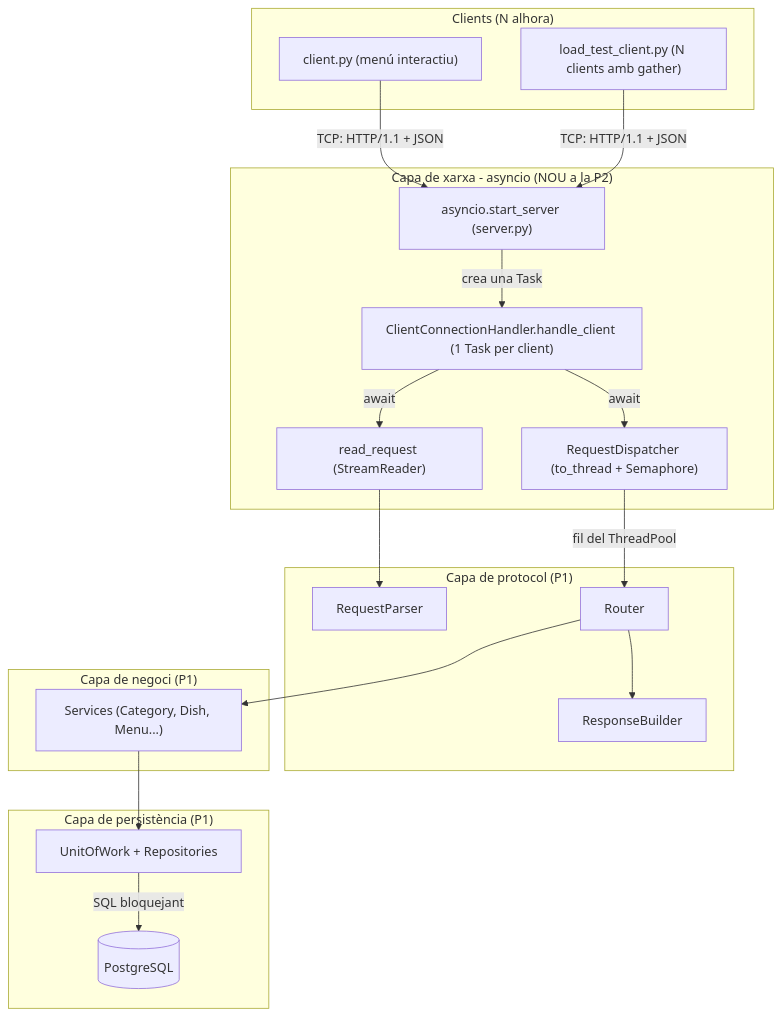
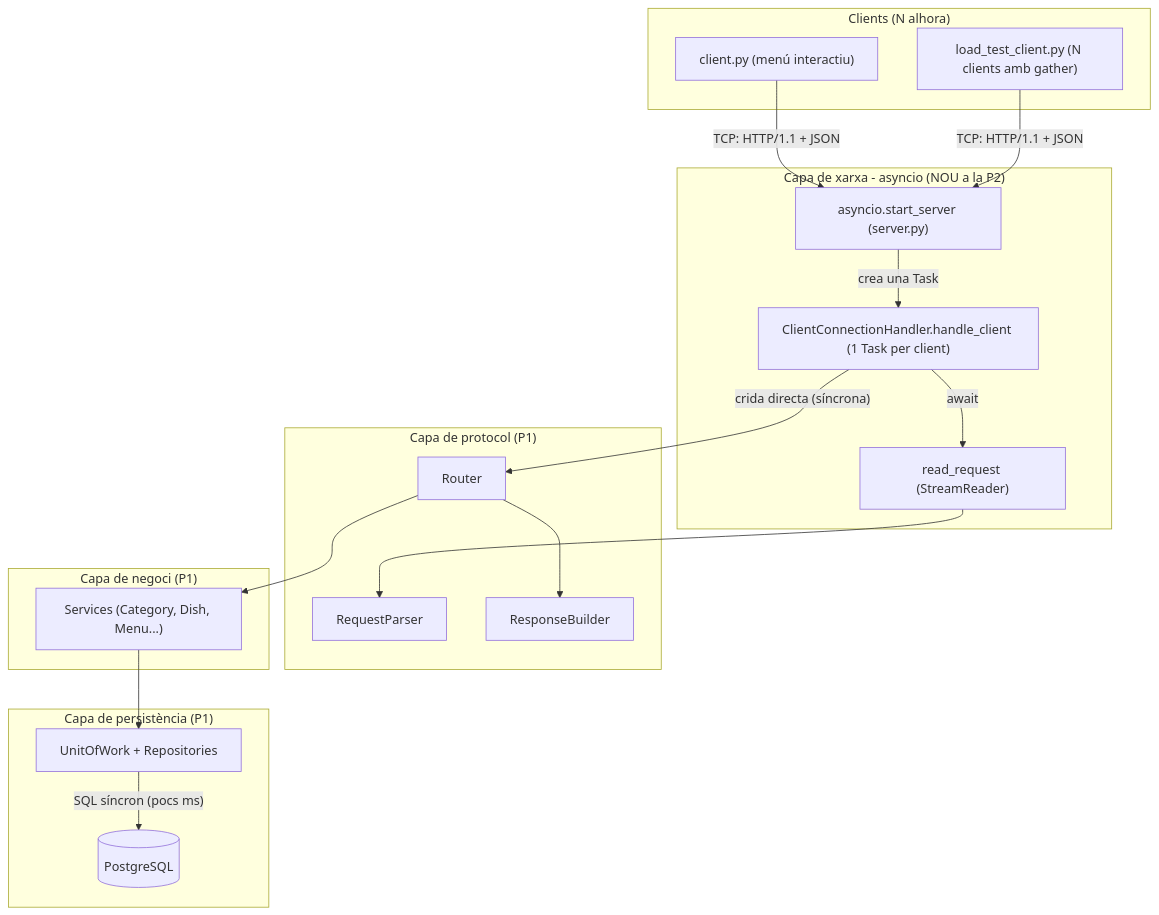
One commit to MarcCodinaLlonch/restaurant_backoffice changed the first of 3 diagrams in docs/ARCHITECTURE_CAT.md. Above: the diagram before and after it, drawn with Mermaid. The commit also changed other lines of this file and 19 other files, not shown here.

Commit message:
docs: synchronous DB called directly, updated diagrams, DB impact analysis and evidence

````diff
--- a/docs/ARCHITECTURE_CAT.md
+++ b/docs/ARCHITECTURE_CAT.md
@@ -16,41 +16,39 @@
 ```mermaid
 flowchart TD
     subgraph CLIENTS["Clients (N alhora)"]
         C1["client.py (menú interactiu)"]
         C2["load_test_client.py (N clients amb gather)"]
     end
 
     subgraph NET["Capa de xarxa - asyncio (NOU a la P2)"]
         SS["asyncio.start_server (server.py)"]
         CH["ClientConnectionHandler.handle_client (1 Task per client)"]
         RR["read_request (StreamReader)"]
-        RD["RequestDispatcher (to_thread + Semaphore)"]
     end
 
     subgraph PROTO["Capa de protocol (P1)"]
         RP["RequestParser"]
         RT["Router"]
         RB["ResponseBuilder"]
     end
 
     subgraph BUS["Capa de negoci (P1)"]
         SV["Services (Category, Dish, Menu...)"]
     end
 
     subgraph PERS["Capa de persistència (P1)"]
         UOW["UnitOfWork + Repositories"]
         DB[("PostgreSQL")]
     end
 
     C1 -- "TCP: HTTP/1.1 + JSON" --> SS
     C2 -- "TCP: HTTP/1.1 + JSON" --> SS
     SS -- "crea una Task" --> CH
     CH -- "await" --> RR
     RR --> RP
-    CH -- "await" --> RD
-    RD -- "fil del ThreadPool" --> RT
+    CH -- "crida directa (síncrona)" --> RT
     RT --> SV
     SV --> UOW
-    UOW -- "SQL bloquejant" --> DB
+    UOW -- "SQL síncron (pocs ms)" --> DB
     RT --> RB
 ```
````
